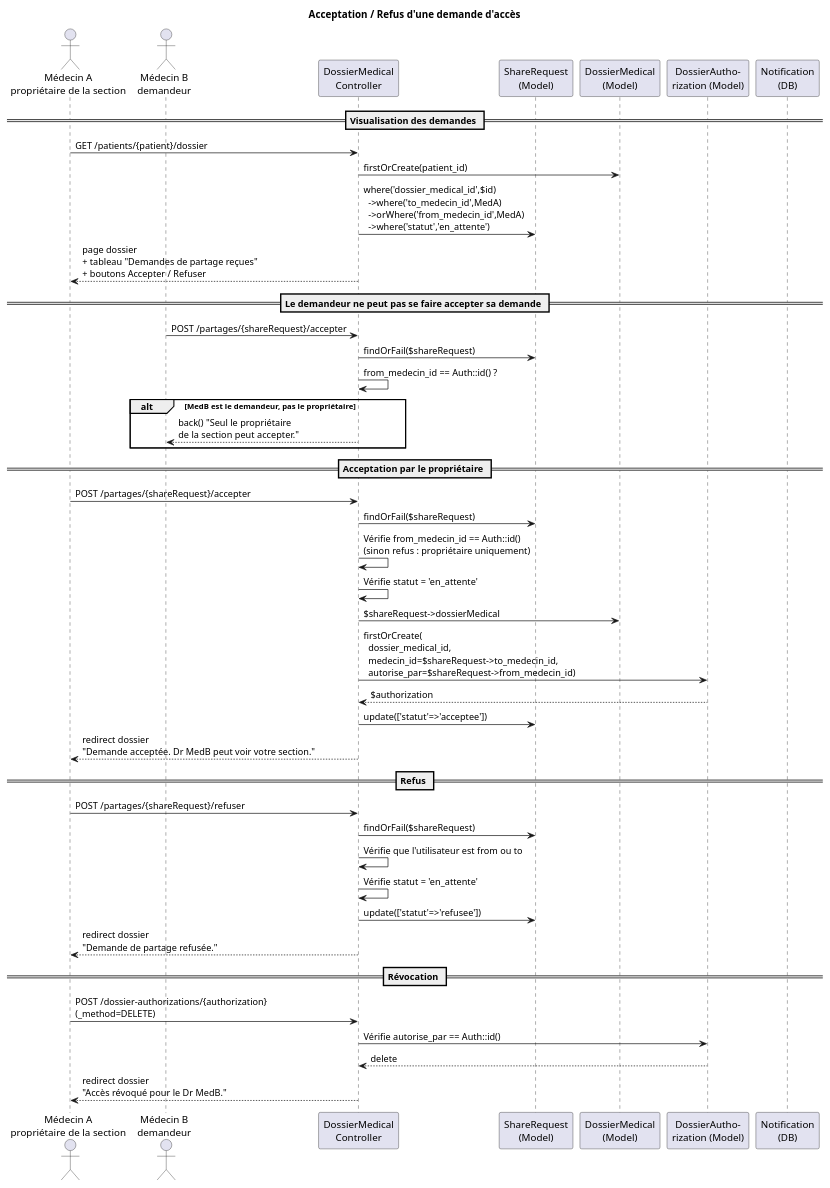
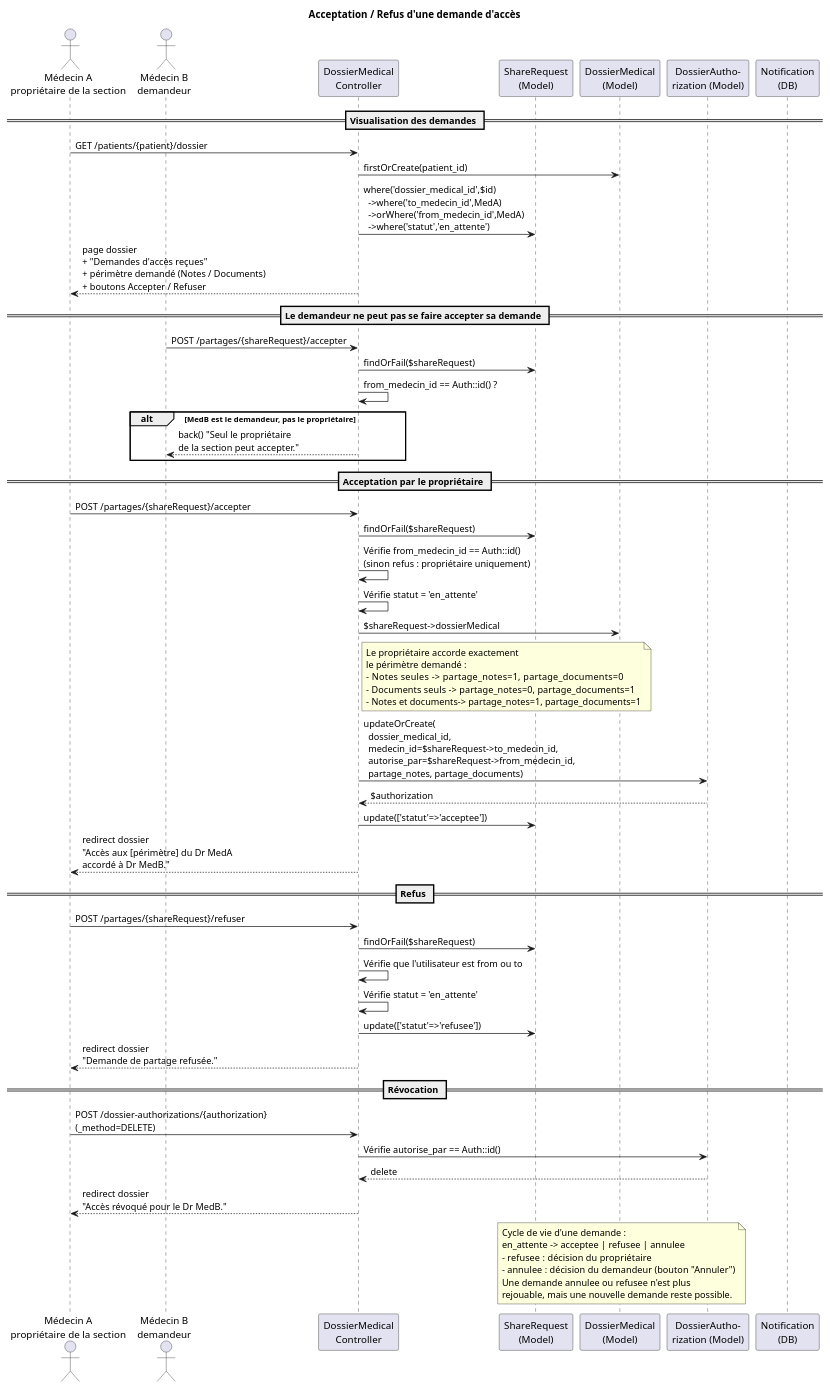
One commit to mohamedyassinekhiari45-lgtm/medicalegestion changed the diagram in docs/sequence/07-acceptation-refus-demande.puml. Above: the diagram before and after it, drawn with PlantUML. The commit also changed 10 other files, not shown here.

First line of the commit message:
Perimetre selectif des demandes d'acces + annulation par le demandeur

```diff
--- a/docs/sequence/07-acceptation-refus-demande.puml
+++ b/docs/sequence/07-acceptation-refus-demande.puml
@@ -1,51 +1,67 @@
 @startuml
 title Acceptation / Refus d'une demande d'accès
 
 actor "Médecin A\npropriétaire de la section" as MedA
 actor "Médecin B\ndemandeur" as MedB
 participant "DossierMedical\nController" as DMC
 participant "ShareRequest\n(Model)" as SR
 participant "DossierMedical\n(Model)" as DM
 participant "DossierAutho-\nrization (Model)" as DA
 participant "Notification\n(DB)" as Notif
 
 == Visualisation des demandes ==
 MedA -> DMC: GET /patients/{patient}/dossier
 DMC -> DM: firstOrCreate(patient_id)
 DMC -> SR: where('dossier_medical_id',$id)\n  ->where('to_medecin_id',MedA)\n  ->orWhere('from_medecin_id',MedA)\n  ->where('statut','en_attente')
-DMC --> MedA: page dossier\n+ tableau "Demandes de partage reçues"\n+ boutons Accepter / Refuser
+DMC --> MedA: page dossier\n+ "Demandes d'accès reçues"\n+ périmètre demandé (Notes / Documents)\n+ boutons Accepter / Refuser
 
 == Le demandeur ne peut pas se faire accepter sa demande ==
 MedB -> DMC: POST /partages/{shareRequest}/accepter
 DMC -> SR: findOrFail($shareRequest)
 DMC -> DMC: from_medecin_id == Auth::id() ?
 alt MedB est le demandeur, pas le propriétaire
     DMC --> MedB: back() "Seul le propriétaire\nde la section peut accepter."
 end
 
 == Acceptation par le propriétaire ==
 MedA -> DMC: POST /partages/{shareRequest}/accepter
 DMC -> SR: findOrFail($shareRequest)
 DMC -> DMC: Vérifie from_medecin_id == Auth::id()\n(sinon refus : propriétaire uniquement)
 DMC -> DMC: Vérifie statut = 'en_attente'
 DMC -> DM: $shareRequest->dossierMedical
-DMC -> DA: firstOrCreate(\n  dossier_medical_id,\n  medecin_id=$shareRequest->to_medecin_id,\n  autorise_par=$shareRequest->from_medecin_id)
+note right of DMC
+  Le propriétaire accorde exactement
+  le périmètre demandé :
+  - Notes seules      -> partage_notes=1, partage_documents=0
+  - Documents seuls   -> partage_notes=0, partage_documents=1
+  - Notes et documents-> partage_notes=1, partage_documents=1
+end note
+DMC -> DA: updateOrCreate(\n  dossier_medical_id,\n  medecin_id=$shareRequest->to_medecin_id,\n  autorise_par=$shareRequest->from_medecin_id,\n  partage_notes, partage_documents)
 DA --> DMC: $authorization
 DMC -> SR: update(['statut'=>'acceptee'])
-DMC --> MedA: redirect dossier\n"Demande acceptée. Dr MedB peut voir votre section."
+DMC --> MedA: redirect dossier\n"Accès aux [périmètre] du Dr MedA\naccordé à Dr MedB."
 
 == Refus ==
 MedA -> DMC: POST /partages/{shareRequest}/refuser
 DMC -> SR: findOrFail($shareRequest)
 DMC -> DMC: Vérifie que l'utilisateur est from ou to
 DMC -> DMC: Vérifie statut = 'en_attente'
 DMC -> SR: update(['statut'=>'refusee'])
 DMC --> MedA: redirect dossier\n"Demande de partage refusée."
 
 == Révocation ==
 MedA -> DMC: POST /dossier-authorizations/{authorization}\n(_method=DELETE)
 DMC -> DA: Vérifie autorise_par == Auth::id()
 DA --> DMC: delete
 DMC --> MedA: redirect dossier\n"Accès révoqué pour le Dr MedB."
 
+note over SR, DA
+  Cycle de vie d'une demande :
+  en_attente -> acceptee | refusee | annulee
+  - refusee  : décision du propriétaire
+  - annulee  : décision du demandeur (bouton "Annuler")
+  Une demande annulee ou refusee n'est plus
+  rejouable, mais une nouvelle demande reste possible.
+end note
+
 @enduml
```
